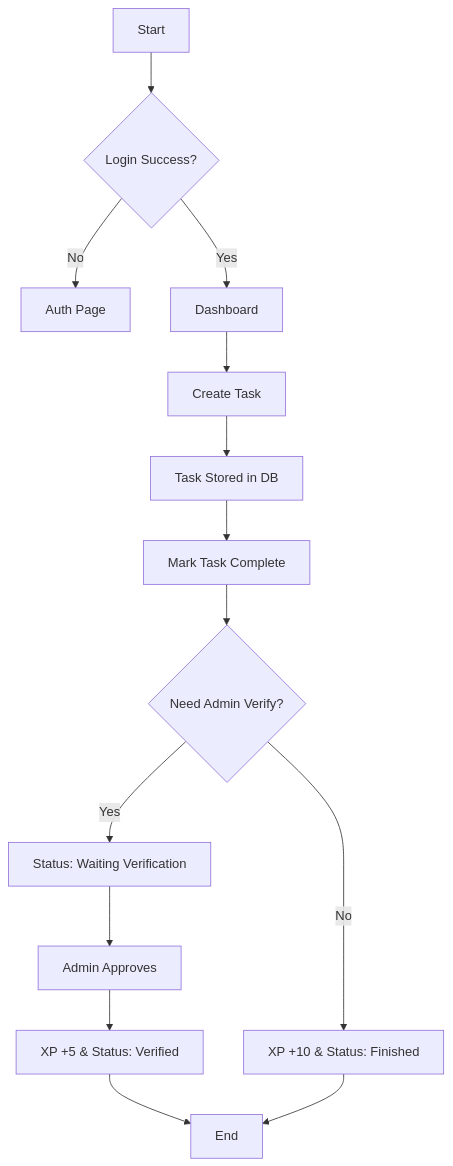
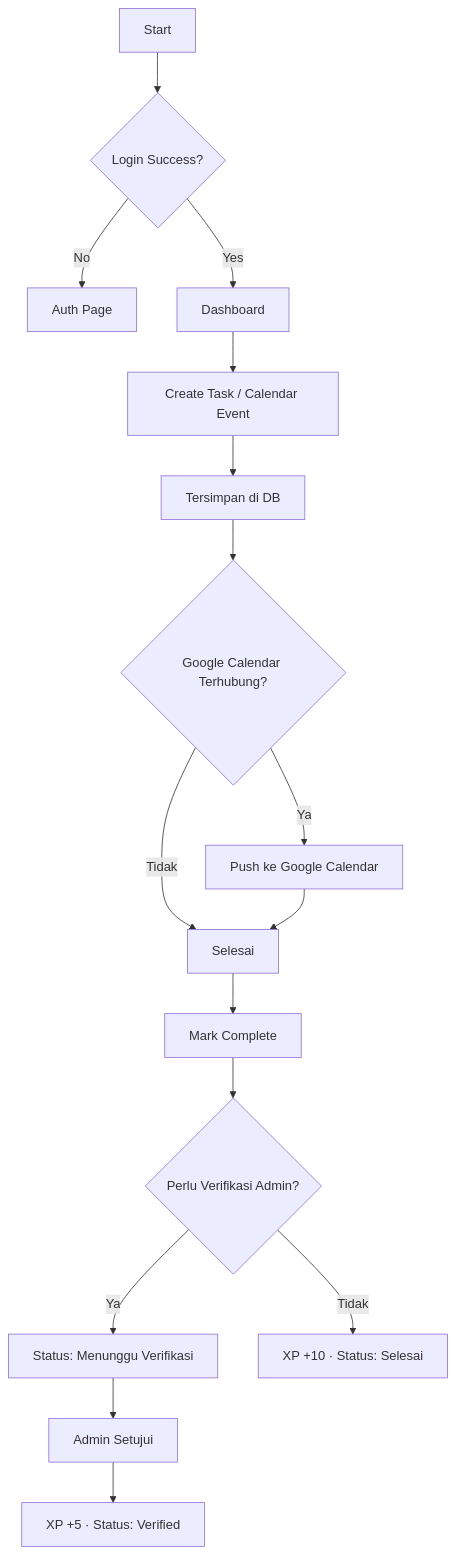
One commit to gerrard046/ScheApp-by-Gerrard changed the second of 3 diagrams in README.md. Above: the diagram before and after it, drawn with Mermaid. The commit also changed other lines of this file, not shown here.

Commit message:
docs: update README — fitur Time-Block Calendar, Google Sync, PWA, Wallet

````diff
--- a/README.md
+++ b/README.md
@@ -135,16 +115,18 @@
 ```mermaid
 graph TD
     A[Start] --> B{Login Success?}
     B -- No --> C[Auth Page]
     B -- Yes --> D[Dashboard]
-    D --> E[Create Task]
-    E --> F[Task Stored in DB]
-    F --> G[Mark Task Complete]
-    G --> H{Need Admin Verify?}
-    H -- Yes --> I[Status: Waiting Verification]
-    I --> J[Admin Approves]
-    J --> K[XP +5 & Status: Verified]
-    H -- No --> L[XP +10 & Status: Finished]
-    K --> M[End]
-    L --> M
+    D --> E[Create Task / Calendar Event]
+    E --> F[Tersimpan di DB]
+    F --> G{Google Calendar Terhubung?}
+    G -- Ya --> H[Push ke Google Calendar]
+    G -- Tidak --> I[Selesai]
+    H --> I
+    I --> J[Mark Complete]
+    J --> K{Perlu Verifikasi Admin?}
+    K -- Ya --> L[Status: Menunggu Verifikasi]
+    L --> M[Admin Setujui]
+    M --> N[XP +5 · Status: Verified]
+    K -- Tidak --> O[XP +10 · Status: Selesai]
 ```
````
